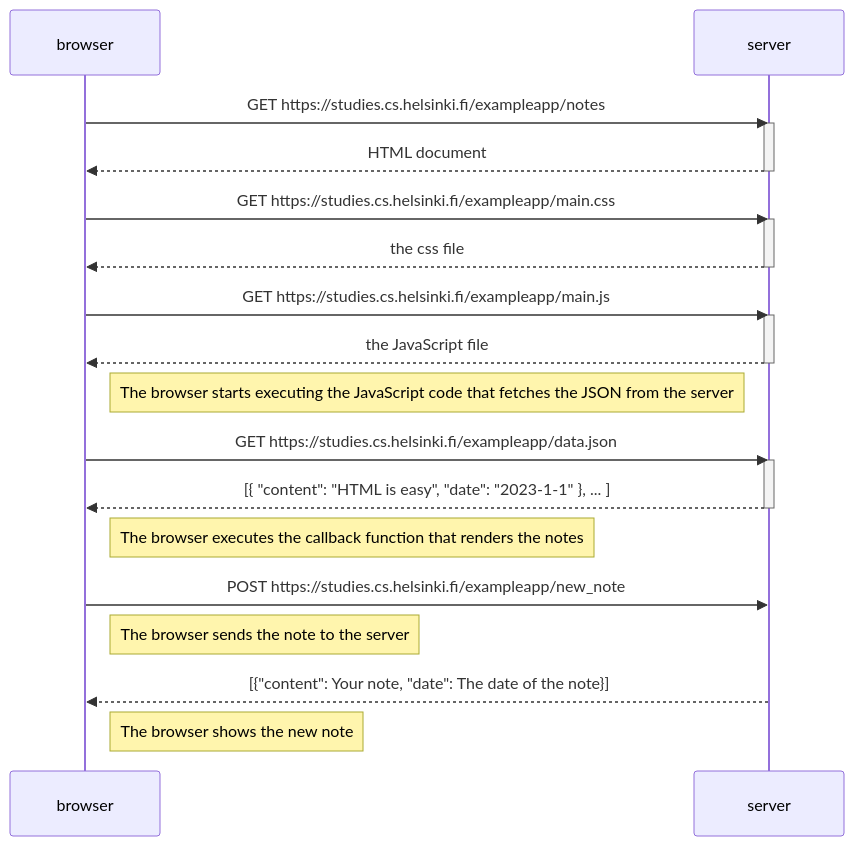
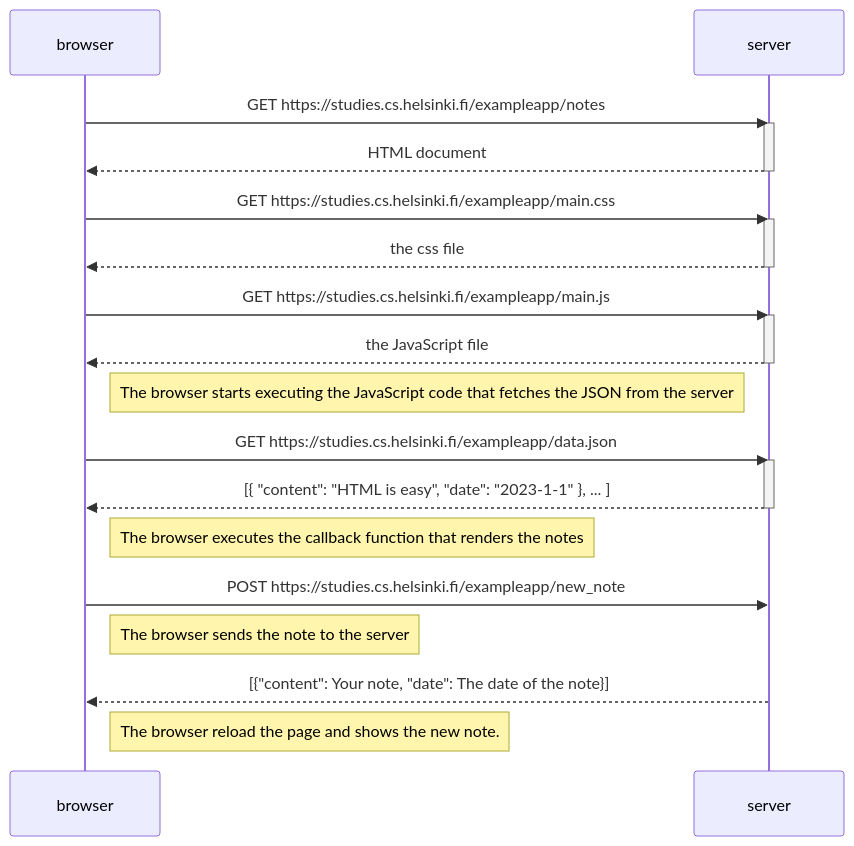
One commit to BenjaminIndo/Full-Stack-Open changed the diagram in part0/Exercise-0.4.md. Above: the diagram before and after it, drawn with Mermaid.

````diff
--- a/part0/Exercise-0.4.md
+++ b/part0/Exercise-0.4.md
@@ -1,36 +1,36 @@
 ```mermaid
 sequenceDiagram
     participant browser
     participant server
 
     browser->>server: GET https://studies.cs.helsinki.fi/exampleapp/notes
     activate server
     server-->>browser: HTML document
     deactivate server
 
     browser->>server: GET https://studies.cs.helsinki.fi/exampleapp/main.css
     activate server
     server-->>browser: the css file
     deactivate server
 
     browser->>server: GET https://studies.cs.helsinki.fi/exampleapp/main.js
     activate server
     server-->>browser: the JavaScript file
     deactivate server
 
     Note right of browser: The browser starts executing the JavaScript code that fetches the JSON from the server
 
     browser->>server: GET https://studies.cs.helsinki.fi/exampleapp/data.json
     activate server
     server-->>browser: [{ "content": "HTML is easy", "date": "2023-1-1" }, ... ]
     deactivate server
 
     Note right of browser: The browser executes the callback function that renders the notes
 
     browser->>server: POST https://studies.cs.helsinki.fi/exampleapp/new_note
     Note right of browser: The browser sends the note to the server
     
     server-->>browser: [{"content": Your note, "date": The date of the note}]
-    Note right of browser: The browser shows the new note
+    Note right of browser: The browser reload the page and shows the new note.
     
 ```
````
